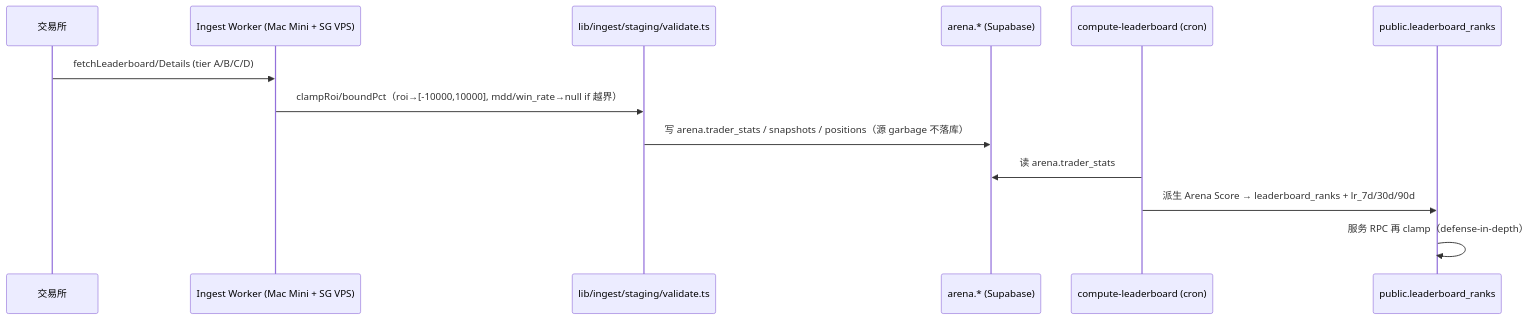
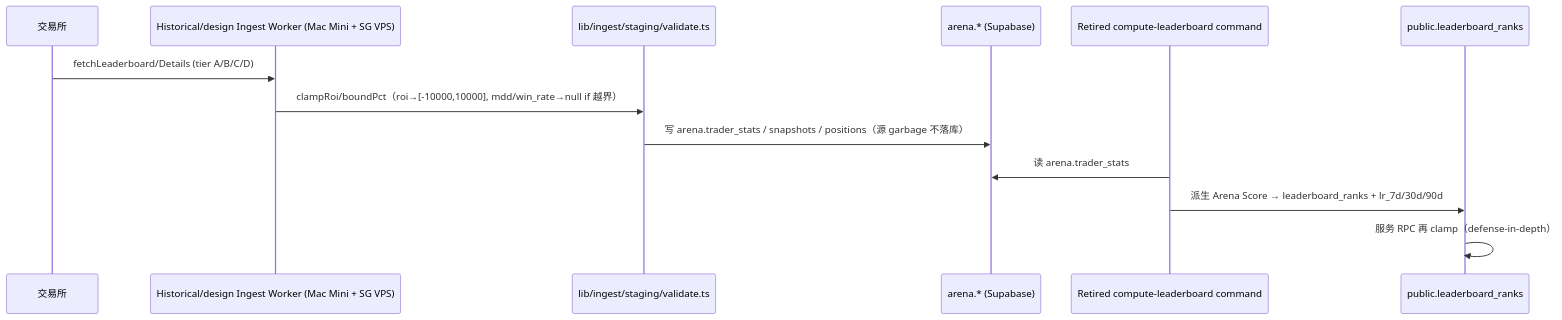
Before and after one commit to Adeline117/ranking-arena: the second of 3 diagrams in docs/ARCHITECTURE.md, drawn with Mermaid. The commit also changed other lines of this file and 36 other files, not shown here.

````diff
--- a/docs/ARCHITECTURE.md
+++ b/docs/ARCHITECTURE.md
@@ -51,16 +60,16 @@
 ```mermaid
 sequenceDiagram
   participant EX as 交易所
-  participant W as Ingest Worker (Mac Mini + SG VPS)
+  participant W as Historical/design Ingest Worker (Mac Mini + SG VPS)
   participant ST as lib/ingest/staging/validate.ts
   participant DB as arena.* (Supabase)
-  participant CL as compute-leaderboard (cron)
+  participant CL as Retired compute-leaderboard command
   participant SV as public.leaderboard_ranks
 
   EX->>W: fetchLeaderboard/Details (tier A/B/C/D)
   W->>ST: clampRoi/boundPct（roi→[-10000,10000], mdd/win_rate→null if 越界）
   ST->>DB: 写 arena.trader_stats / snapshots / positions（源 garbage 不落库）
   CL->>DB: 读 arena.trader_stats
   CL->>SV: 派生 Arena Score → leaderboard_ranks + lr_7d/30d/90d
   SV->>SV: 服务 RPC 再 clamp（defense-in-depth）
 ```
````
